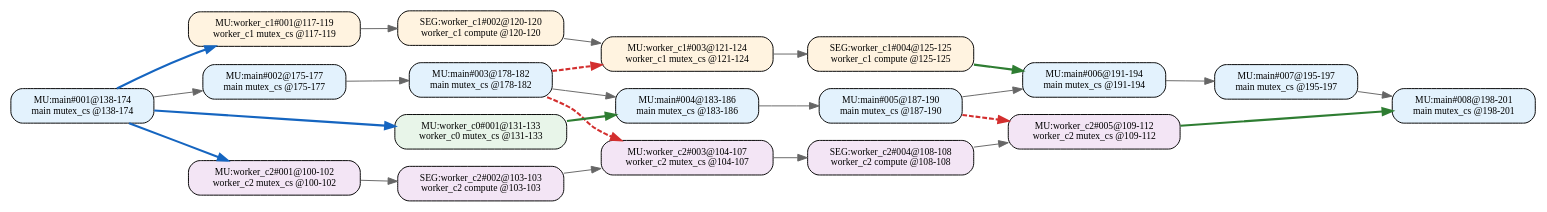
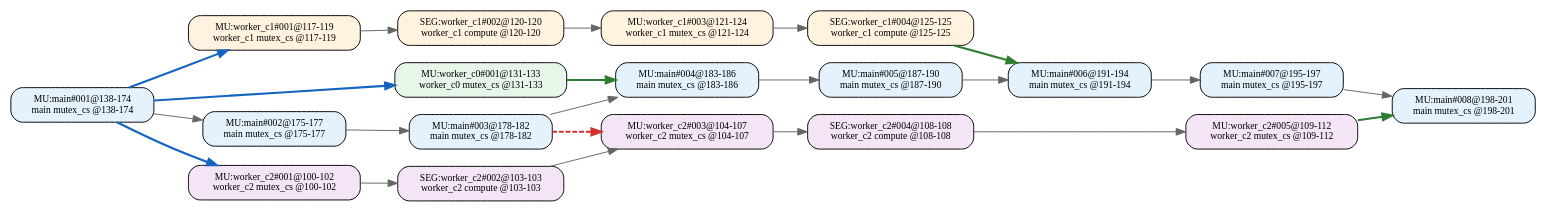
One commit to RTS-SYSU/DAG-Gen changed the diagram in 中间结果/zhang2/pipeline/blocks/level2/effective_line_merge/dag_seg.dot. Above: the diagram before and after it, drawn with Graphviz. The commit also changed 2419 other files, not shown here.

```diff
--- a/中间结果/zhang2/pipeline/blocks/level2/effective_line_merge/dag_seg.dot
+++ b/中间结果/zhang2/pipeline/blocks/level2/effective_line_merge/dag_seg.dot
@@ -1,45 +1,43 @@
 digraph Level2SegDAG {
   rankdir=LR;
   node [shape=box, fontname="Consolas", fontsize=10];
   "MU:main#001@138-174" [style="rounded,filled", fillcolor="#E3F2FD", label="MU:main#001@138-174\nmain mutex_cs @138-174"];
   "MU:main#002@175-177" [style="rounded,filled", fillcolor="#E3F2FD", label="MU:main#002@175-177\nmain mutex_cs @175-177"];
   "MU:main#003@178-182" [style="rounded,filled", fillcolor="#E3F2FD", label="MU:main#003@178-182\nmain mutex_cs @178-182"];
   "MU:main#004@183-186" [style="rounded,filled", fillcolor="#E3F2FD", label="MU:main#004@183-186\nmain mutex_cs @183-186"];
   "MU:main#005@187-190" [style="rounded,filled", fillcolor="#E3F2FD", label="MU:main#005@187-190\nmain mutex_cs @187-190"];
   "MU:main#006@191-194" [style="rounded,filled", fillcolor="#E3F2FD", label="MU:main#006@191-194\nmain mutex_cs @191-194"];
   "MU:main#007@195-197" [style="rounded,filled", fillcolor="#E3F2FD", label="MU:main#007@195-197\nmain mutex_cs @195-197"];
   "MU:main#008@198-201" [style="rounded,filled", fillcolor="#E3F2FD", label="MU:main#008@198-201\nmain mutex_cs @198-201"];
   "MU:worker_c0#001@131-133" [style="rounded,filled", fillcolor="#E8F5E9", label="MU:worker_c0#001@131-133\nworker_c0 mutex_cs @131-133"];
   "MU:worker_c1#001@117-119" [style="rounded,filled", fillcolor="#FFF3E0", label="MU:worker_c1#001@117-119\nworker_c1 mutex_cs @117-119"];
   "MU:worker_c1#003@121-124" [style="rounded,filled", fillcolor="#FFF3E0", label="MU:worker_c1#003@121-124\nworker_c1 mutex_cs @121-124"];
   "MU:worker_c2#001@100-102" [style="rounded,filled", fillcolor="#F3E5F5", label="MU:worker_c2#001@100-102\nworker_c2 mutex_cs @100-102"];
   "MU:worker_c2#003@104-107" [style="rounded,filled", fillcolor="#F3E5F5", label="MU:worker_c2#003@104-107\nworker_c2 mutex_cs @104-107"];
   "MU:worker_c2#005@109-112" [style="rounded,filled", fillcolor="#F3E5F5", label="MU:worker_c2#005@109-112\nworker_c2 mutex_cs @109-112"];
   "SEG:worker_c1#002@120-120" [style="rounded,filled", fillcolor="#FFF3E0", label="SEG:worker_c1#002@120-120\nworker_c1 compute @120-120"];
   "SEG:worker_c1#004@125-125" [style="rounded,filled", fillcolor="#FFF3E0", label="SEG:worker_c1#004@125-125\nworker_c1 compute @125-125"];
   "SEG:worker_c2#002@103-103" [style="rounded,filled", fillcolor="#F3E5F5", label="SEG:worker_c2#002@103-103\nworker_c2 compute @103-103"];
   "SEG:worker_c2#004@108-108" [style="rounded,filled", fillcolor="#F3E5F5", label="SEG:worker_c2#004@108-108\nworker_c2 compute @108-108"];
   "MU:worker_c2#001@100-102" -> "SEG:worker_c2#002@103-103" [color="#666666", style="solid", penwidth=1.0];
   "SEG:worker_c2#002@103-103" -> "MU:worker_c2#003@104-107" [color="#666666", style="solid", penwidth=1.0];
   "MU:worker_c2#003@104-107" -> "SEG:worker_c2#004@108-108" [color="#666666", style="solid", penwidth=1.0];
   "SEG:worker_c2#004@108-108" -> "MU:worker_c2#005@109-112" [color="#666666", style="solid", penwidth=1.0];
   "MU:worker_c1#001@117-119" -> "SEG:worker_c1#002@120-120" [color="#666666", style="solid", penwidth=1.0];
   "SEG:worker_c1#002@120-120" -> "MU:worker_c1#003@121-124" [color="#666666", style="solid", penwidth=1.0];
   "MU:worker_c1#003@121-124" -> "SEG:worker_c1#004@125-125" [color="#666666", style="solid", penwidth=1.0];
   "MU:main#001@138-174" -> "MU:main#002@175-177" [color="#666666", style="solid", penwidth=1.0];
   "MU:main#002@175-177" -> "MU:main#003@178-182" [color="#666666", style="solid", penwidth=1.0];
   "MU:main#003@178-182" -> "MU:main#004@183-186" [color="#666666", style="solid", penwidth=1.0];
   "MU:main#004@183-186" -> "MU:main#005@187-190" [color="#666666", style="solid", penwidth=1.0];
   "MU:main#005@187-190" -> "MU:main#006@191-194" [color="#666666", style="solid", penwidth=1.0];
   "MU:main#006@191-194" -> "MU:main#007@195-197" [color="#666666", style="solid", penwidth=1.0];
   "MU:main#007@195-197" -> "MU:main#008@198-201" [color="#666666", style="solid", penwidth=1.0];
   "MU:main#001@138-174" -> "MU:worker_c0#001@131-133" [color="#1565C0", style="solid", penwidth=2.2];
   "MU:main#001@138-174" -> "MU:worker_c1#001@117-119" [color="#1565C0", style="solid", penwidth=2.2];
   "MU:main#001@138-174" -> "MU:worker_c2#001@100-102" [color="#1565C0", style="solid", penwidth=2.2];
   "MU:worker_c0#001@131-133" -> "MU:main#004@183-186" [color="#2E7D32", style="solid", penwidth=2.2];
   "SEG:worker_c1#004@125-125" -> "MU:main#006@191-194" [color="#2E7D32", style="solid", penwidth=2.2];
   "MU:worker_c2#005@109-112" -> "MU:main#008@198-201" [color="#2E7D32", style="solid", penwidth=2.2];
   "MU:main#003@178-182" -> "MU:worker_c2#003@104-107" [color="#D32F2F", style="dashed", penwidth=2.2];
-  "MU:main#005@187-190" -> "MU:worker_c2#005@109-112" [color="#D32F2F", style="dashed", penwidth=2.2];
-  "MU:main#003@178-182" -> "MU:worker_c1#003@121-124" [color="#D32F2F", style="dashed", penwidth=2.2];
 }
```
